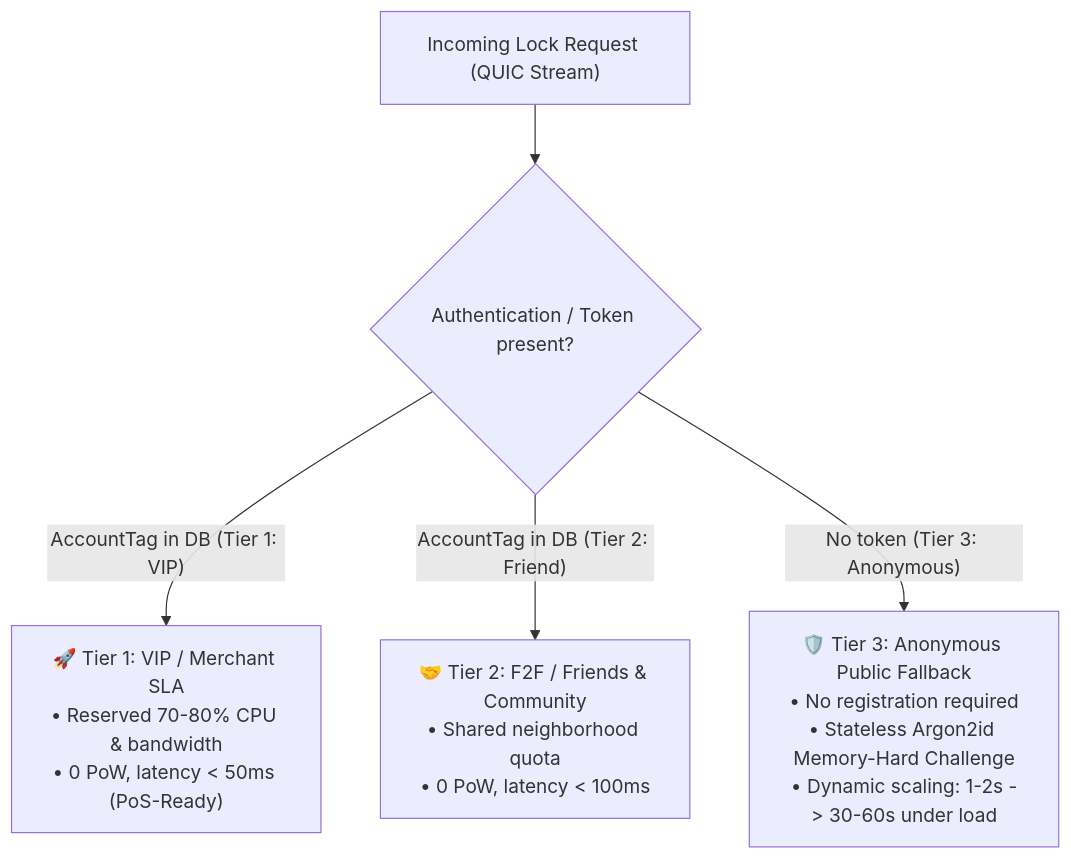
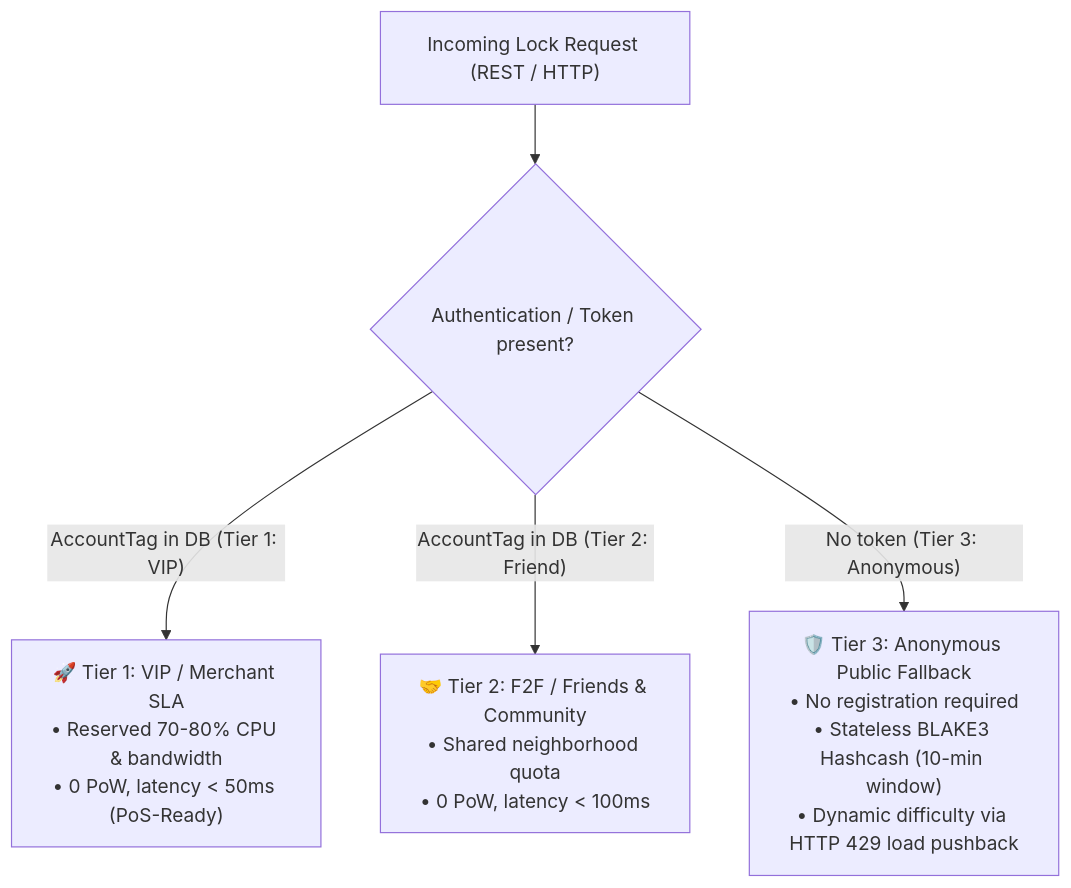
The second of 4 diagrams in docs/13_client_ingress_und_access_tiering.md (minutogit/human-money-node), drawn with Mermaid before and after one commit. The commit also changed other lines of this file and 16 other files, not shown here.

````diff
--- a/docs/13_client_ingress_und_access_tiering.md
+++ b/docs/13_client_ingress_und_access_tiering.md
@@ -35,10 +35,10 @@
 ```mermaid
 flowchart TD
-    Incoming["Incoming Lock Request (QUIC Stream)"] --> Identify{"Authentication / Token present?"}
+    Incoming["Incoming Lock Request (REST / HTTP)"] --> Identify{"Authentication / Token present?"}
 
     Identify -- "AccountTag in DB (Tier 1: VIP)" --> VIP["🚀 Tier 1: VIP / Merchant SLA<br>• Reserved 70-80% CPU & bandwidth<br>• 0 PoW, latency < 50ms (PoS-Ready)"]
 
     Identify -- "AccountTag in DB (Tier 2: Friend)" --> Friend["🤝 Tier 2: F2F / Friends & Community<br>• Shared neighborhood quota<br>• 0 PoW, latency < 100ms"]
 
-    Identify -- "No token (Tier 3: Anonymous)" --> PublicTier["🛡️ Tier 3: Anonymous Public Fallback<br>• No registration required<br>• Stateless Argon2id Memory-Hard Challenge<br>• Dynamic scaling: 1-2s -> 30-60s under load"]
+    Identify -- "No token (Tier 3: Anonymous)" --> PublicTier["🛡️ Tier 3: Anonymous Public Fallback<br>• No registration required<br>• Stateless BLAKE3 Hashcash (10-min window)<br>• Dynamic difficulty via HTTP 429 load pushback"]
 ```
````
